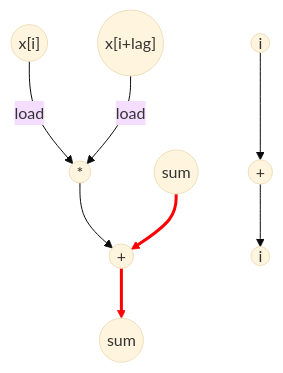
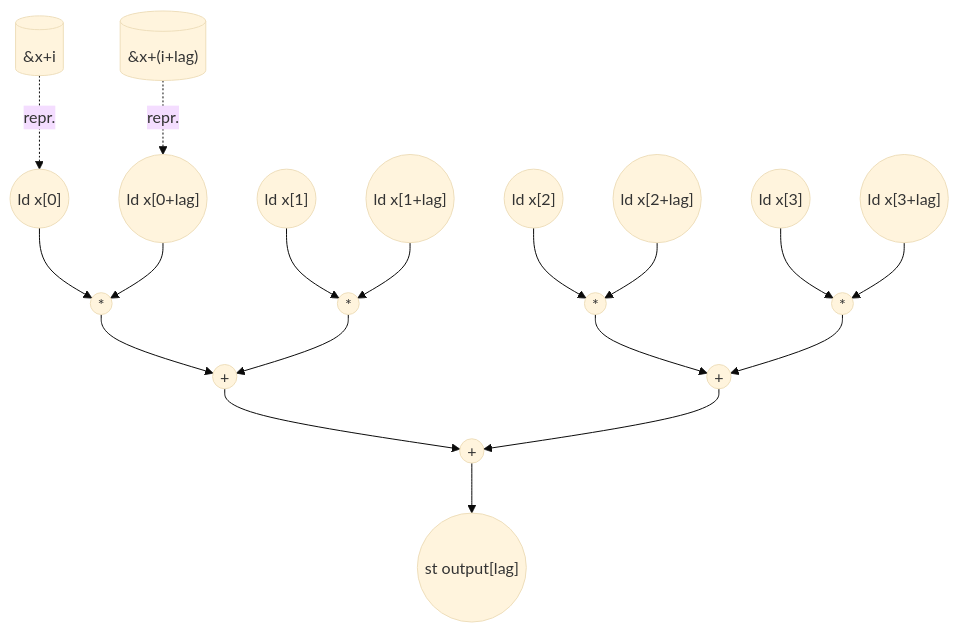
Before and after one commit to PolyArch/loom: the diagram in tests/app/autocorrelation/autocorrelation_eval.md, drawn with Mermaid (base theme). The commit also changed other lines of this file and 7 other files, not shown here.

````diff
--- a/tests/app/autocorrelation/autocorrelation_eval.md
+++ b/tests/app/autocorrelation/autocorrelation_eval.md
@@ -20,33 +82,52 @@
 ```mermaid
 graph TD
-    %% Define the input nodes
-    i_in(("i"))
-    sum_in(("sum"))
-    xi(("x[i]"))
-    xilag(("x[i+lag]"))
+    %% Address generation per inner instance
+    aa0[("&x+i")]
+    aa1[("&x+(i+lag)")]
 
-    %% Define the computation nodes
-    mult((" * "))
-    addsum((" + "))
-    addi((" + "))
-    
-    %% Define the final output
-    i_out(("i"))
-    sum_out(("sum"))
+    %% Loads (the N pairs for one lag-instance)
+    ld_a0(("ld x[0]"))
+    ld_b0(("ld x[0+lag]"))
+    ld_a1(("ld x[1]"))
+    ld_b1(("ld x[1+lag]"))
+    ld_a2(("ld x[2]"))
+    ld_b2(("ld x[2+lag]"))
+    ld_a3(("ld x[3]"))
+    ld_b3(("ld x[3+lag]"))
 
-    %% Inner loop dependencies
-    xi -->|load| mult
-    xilag -->|load| mult
-    mult --> addsum
+    %% Per-pair multiplies
+    m0((" * "))
+    m1((" * "))
+    m2((" * "))
+    m3((" * "))
 
-    %% Accumulator dependency
-    sum_in --> addsum
-    addsum --> sum_out
+    %% Tree-reduce adds (depth = ceil(log2(N)))
+    add01((" + "))
+    add23((" + "))
+    add0123((" + "))
 
-    %% Iterator dependency
-    i_in --> addi
-    addi --> i_out
+    %% Store
+    st(("st output[lag]"))
 
-    %% Critical Path
-    linkStyle 3,4 stroke:#ff0000,stroke-width:3px;
+    %% addr → load
+    aa0 -.->|repr.| ld_a0
+    aa1 -.->|repr.| ld_b0
+    ld_a0 --> m0
+    ld_b0 --> m0
+    ld_a1 --> m1
+    ld_b1 --> m1
+    ld_a2 --> m2
+    ld_b2 --> m2
+    ld_a3 --> m3
+    ld_b3 --> m3
+
+    m0 --> add01
+    m1 --> add01
+    m2 --> add23
+    m3 --> add23
+    add01 --> add0123
+    add23 --> add0123
+    add0123 --> st
+
+    %% Critical path: one (addr → load → mul) chain through the deepest tree branch
 ```
````
